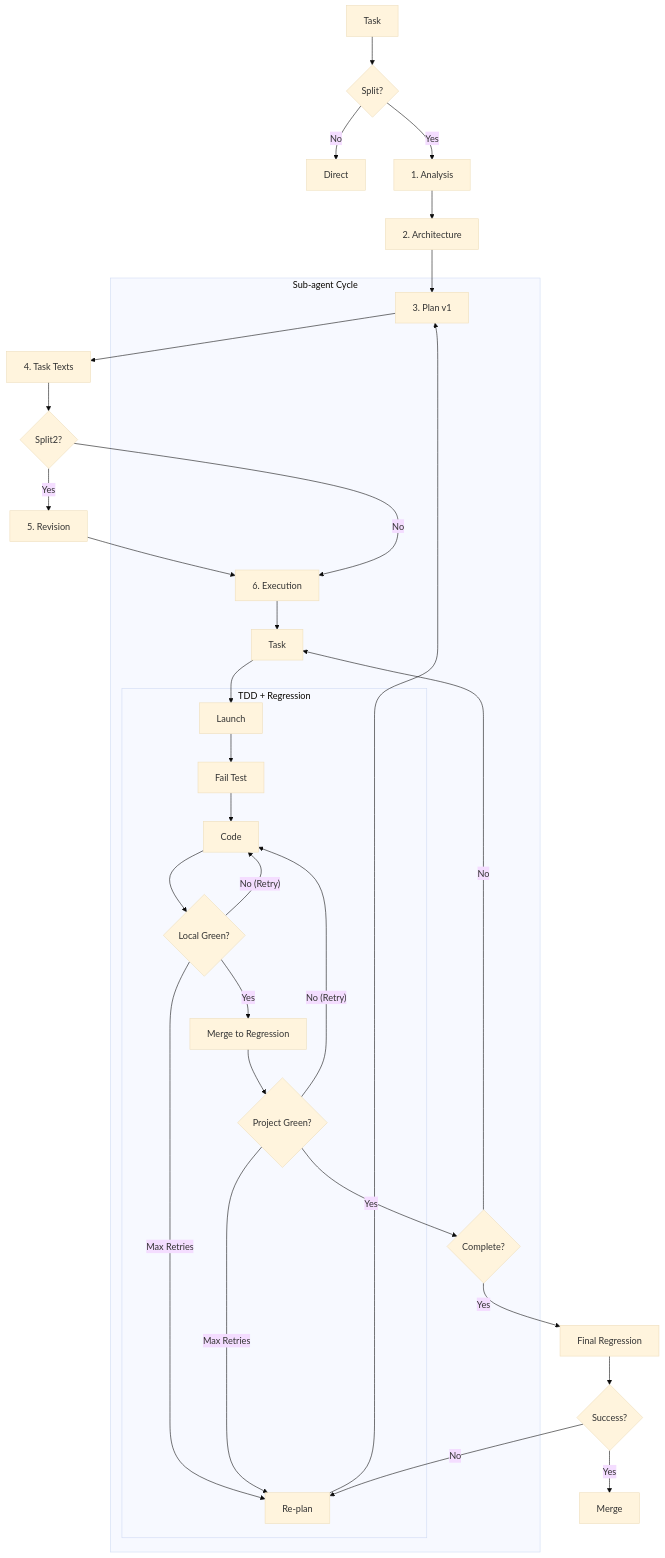
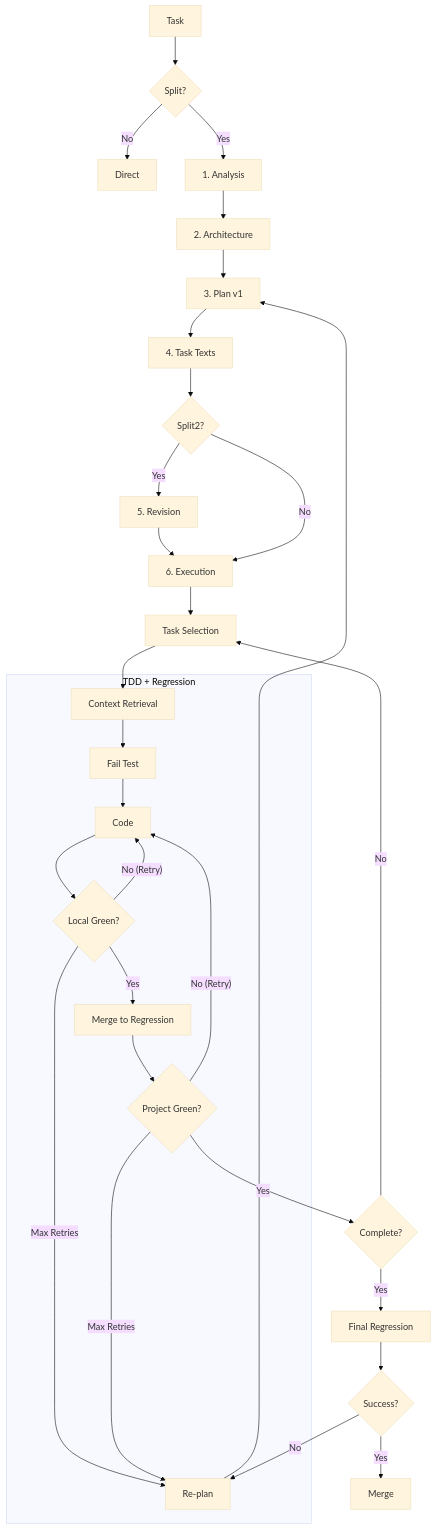
One commit to SpIvanM/split-first-tdd-agent-orchestration-framework changed the diagram in README.en.md. Above: the diagram before and after it, drawn with Mermaid (base theme). The commit also changed 1 other file, not shown here.

Commit message:
docs: update sub-agent cycle workflow diagram in README files

````diff
--- a/README.en.md
+++ b/README.en.md
@@ -97,39 +97,37 @@
 ```mermaid
 graph TD
     A["Task"] --> B{"Split?"}
     B -- "No" --> C["Direct"]
     B -- "Yes" --> D["1. Analysis"]
     D --> E["2. Architecture"]
     E --> F["3. Plan v1"]
     F --> G["4. Task Texts"]
     G --> H{"Split2?"}
     H -- "Yes" --> I["5. Revision"]
     I --> J["6. Execution"]
     H -- "No" --> J
     
-    subgraph "Sub-agent Cycle"
-        J --> K["Task"]
-        K --> L["Launch"]
-        
-        subgraph "TDD + Regression"
-            L --> M["Fail Test"]
-            M --> N["Code"]
-            N --> O{"Local Green?"}
-            O -- "No (Retry)" --> N
-            O -- "Max Retries" --> T["Re-plan"]
-            O -- "Yes" --> P["Merge to Regression"]
-            P --> Q{"Project Green?"}
-            Q -- "No (Retry)" --> N
-            Q -- "Max Retries" --> T
-        end
-        
-        Q -- "Yes" --> R{"Complete?"}
-        R -- "No" --> K
-        T --> F
+    J --> K["Task Selection"]
+    K --> L["Context Retrieval"]
+    
+    subgraph "TDD + Regression"
+        L --> M["Fail Test"]
+        M --> N["Code"]
+        N --> O{"Local Green?"}
+        O -- "No (Retry)" --> N
+        O -- "Max Retries" --> T["Re-plan"]
+        O -- "Yes" --> P["Merge to Regression"]
+        P --> Q{"Project Green?"}
+        Q -- "No (Retry)" --> N
+        Q -- "Max Retries" --> T
     end
+    
+    Q -- "Yes" --> R{"Complete?"}
+    R -- "No" --> K
+    T --> F
     
     R -- "Yes" --> U["Final Regression"]
     U --> W{"Success?"}
     W -- "No" --> T
     W -- "Yes" --> V["Merge"]
 ```
````
